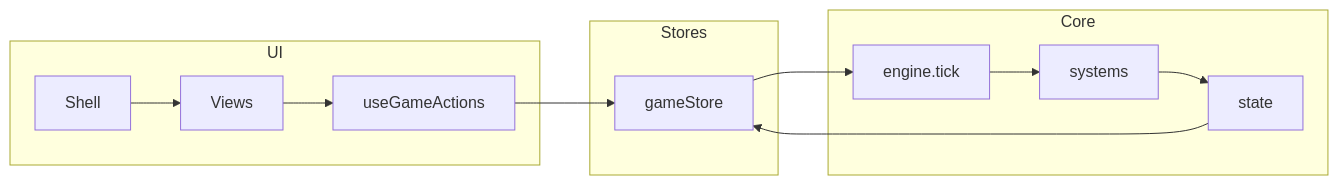
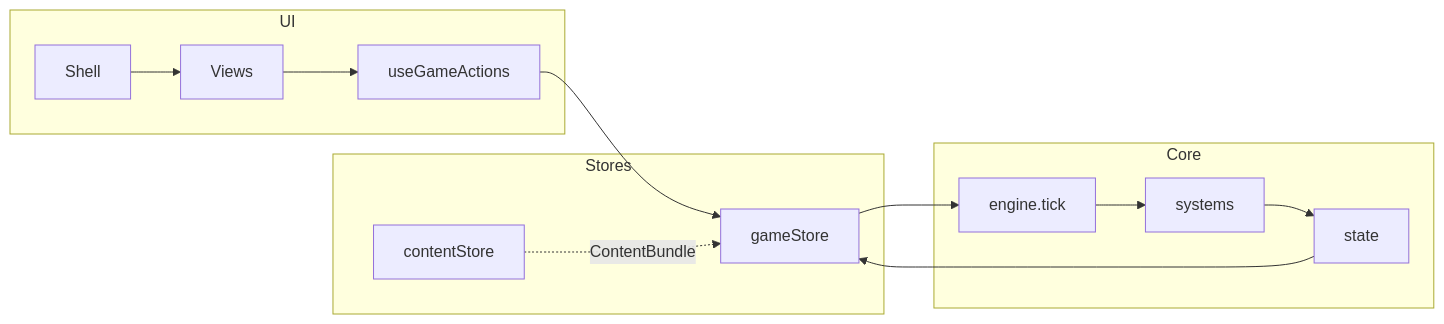
Before and after one commit to lichtbaer/politikpraxis: the third of 3 diagrams in docs/entwicklung/architektur.md, drawn with Mermaid. The commit also changed other lines of this file, not shown here.

````diff
--- a/docs/entwicklung/architektur.md
+++ b/docs/entwicklung/architektur.md
@@ -39,23 +77,25 @@
 ```mermaid
 flowchart LR
   subgraph UI [UI]
     Shell[Shell]
     Views[Views]
     Actions[useGameActions]
   end
   subgraph Store [Stores]
     GameStore[gameStore]
+    ContentStore[contentStore]
   end
   subgraph Core [Core]
     Engine[engine.tick]
     State[state]
     Systems[systems]
   end
   Shell --> Views
   Views --> Actions
   Actions --> GameStore
   GameStore --> Engine
   Engine --> Systems
   Systems --> State
   State --> GameStore
+  ContentStore -.ContentBundle.-> GameStore
 ```
````
